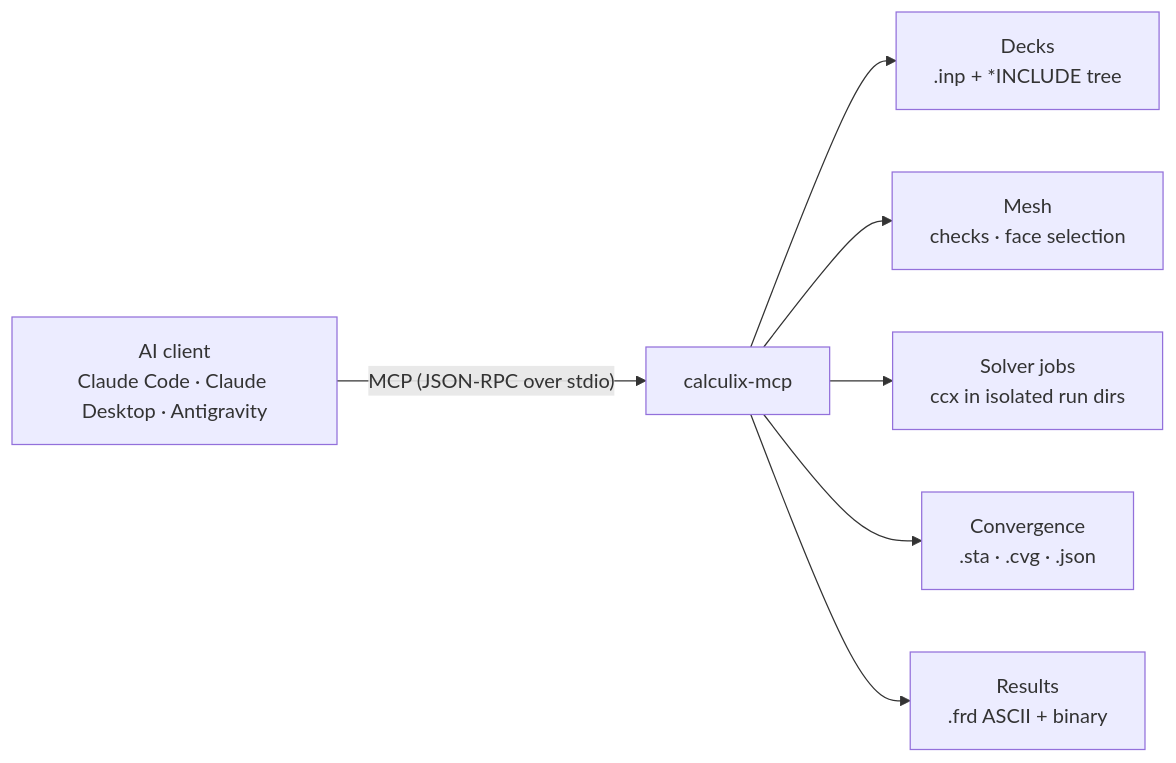
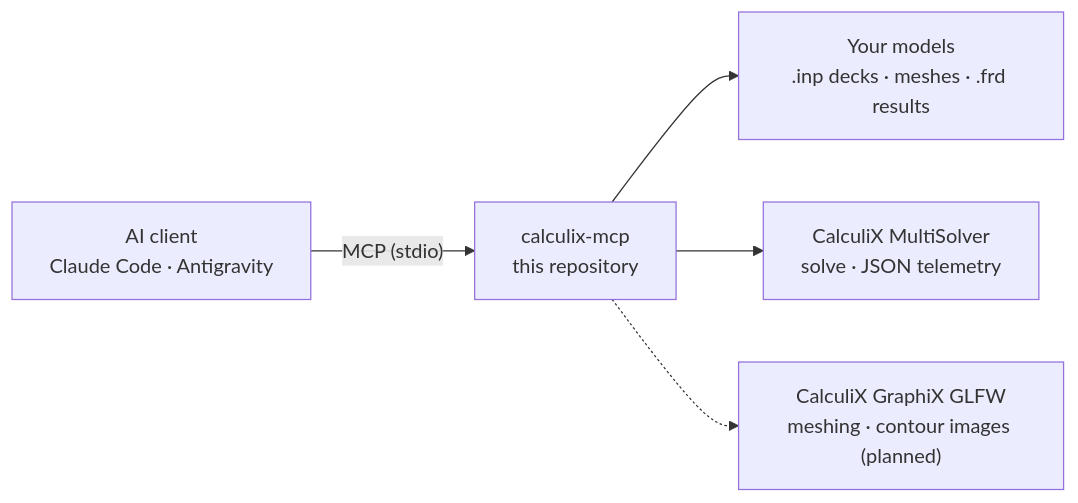
One commit to carlomontec/calculix-mcp-rs changed the diagram in README.md. Above: the diagram before and after it, drawn with Mermaid. The commit also changed other lines of this file, not shown here.

First line of the commit message:
docs: add install-and-connect guide and the CalculiX toolchain

````diff
--- a/README.md
+++ b/README.md
@@ -12,9 +12,7 @@
 ```mermaid
 flowchart LR
-    C["AI client<br/>Claude Code · Claude Desktop · Antigravity"] -- "MCP (JSON-RPC over stdio)" --> S["calculix-mcp"]
-    S --> D["Decks<br/>.inp + *INCLUDE tree"]
-    S --> M["Mesh<br/>checks · face selection"]
-    S --> J["Solver jobs<br/>ccx in isolated run dirs"]
-    S --> T["Convergence<br/>.sta · .cvg · .json"]
-    S --> R["Results<br/>.frd ASCII + binary"]
+    C["AI client<br/>Claude Code · Antigravity"] -- "MCP (stdio)" --> S["calculix-mcp<br/>this repository"]
+    S --> F["Your models<br/>.inp decks · meshes · .frd results"]
+    S --> M["CalculiX MultiSolver<br/>solve · JSON telemetry"]
+    S -.-> G["CalculiX GraphiX GLFW<br/>meshing · contour images (planned)"]
 ```
````
